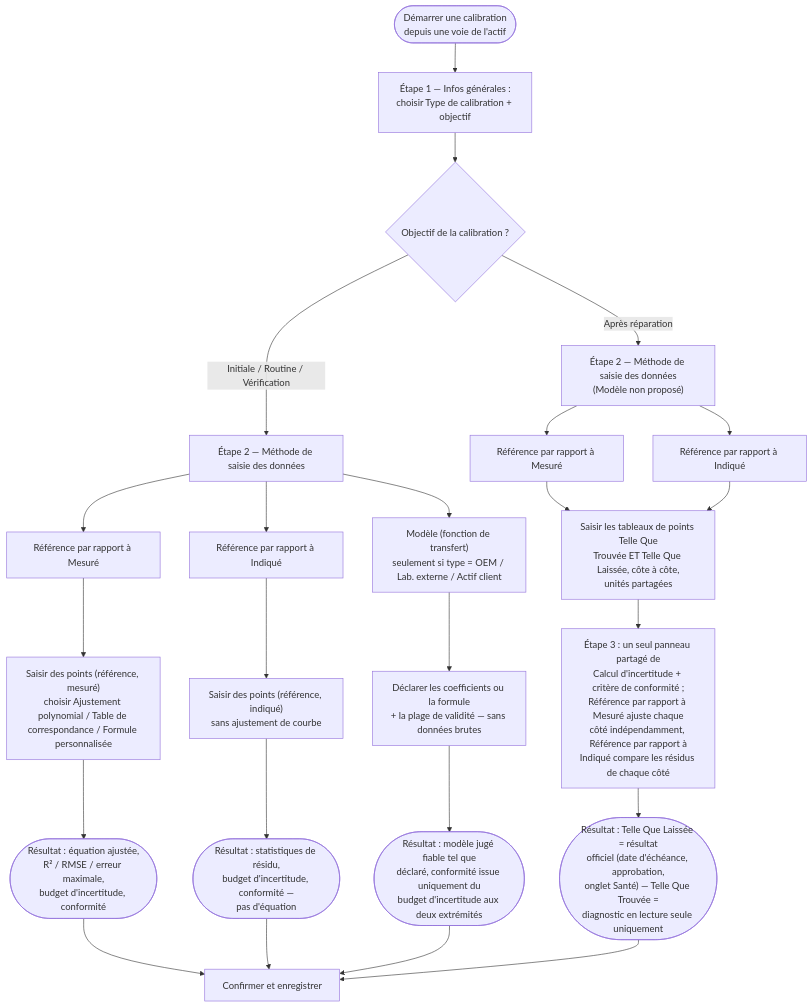
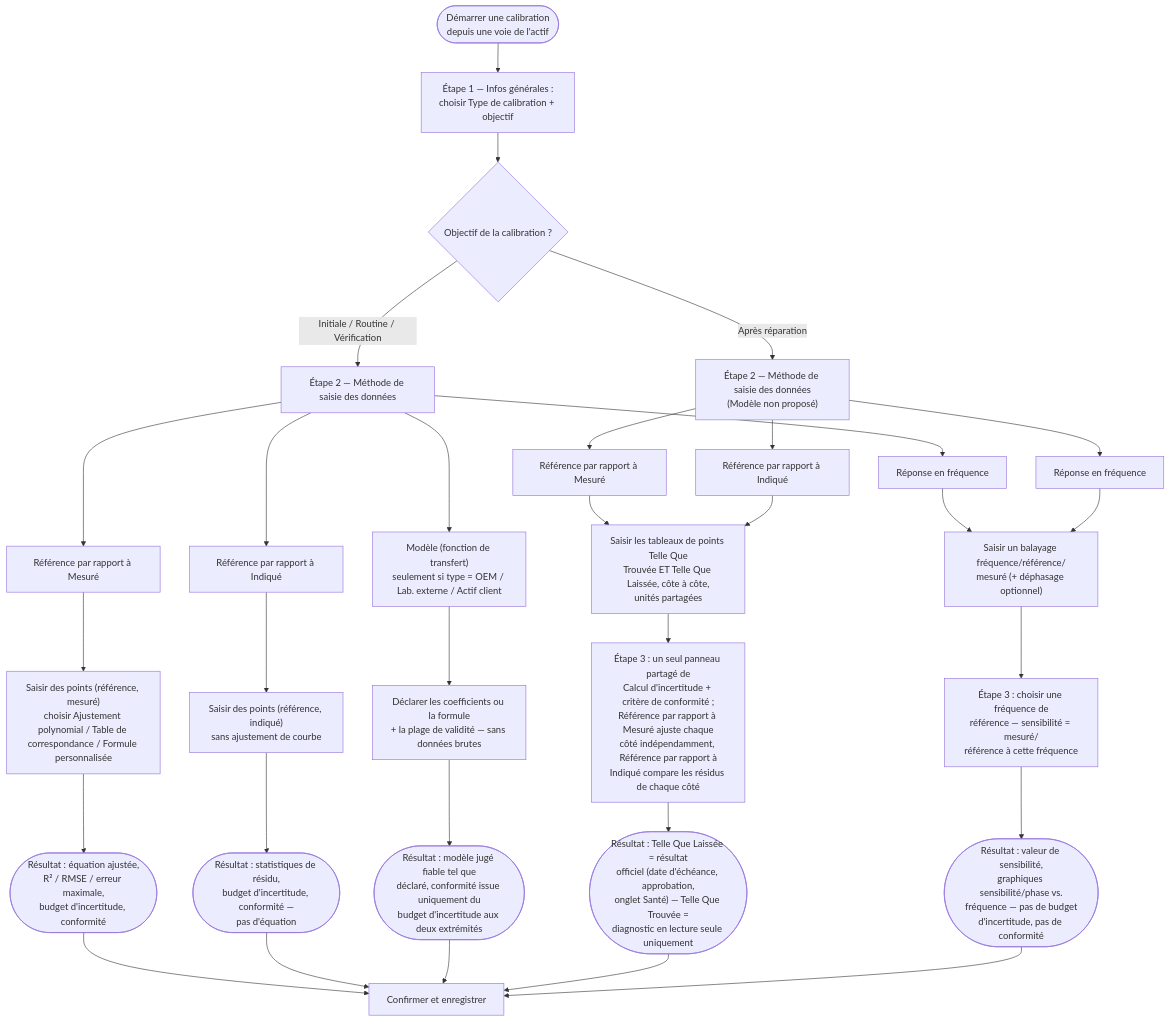
Before and after one commit to open-gauge/open-gauge: the diagram in apps/docs/content/docs/guide/calibration/overview.fr.mdx, drawn with Mermaid. The commit also changed other lines of this file and 55 other files, not shown here.

````diff
--- a/apps/docs/content/docs/guide/calibration/overview.fr.mdx
+++ b/apps/docs/content/docs/guide/calibration/overview.fr.mdx
@@ -70,34 +73,42 @@
 ```mermaid
 flowchart TD
     Start(["Démarrer une calibration<br/>depuis une voie de l'actif"]) --> Step1["Étape 1 — Infos générales :<br/>choisir Type de calibration + objectif"]
     Step1 --> Purpose{"Objectif de la calibration ?"}
 
     Purpose -->|"Initiale / Routine / Vérification"| Picker1["Étape 2 — Méthode de saisie des données"]
     Purpose -->|"Après réparation"| Picker2["Étape 2 — Méthode de saisie des données<br/>(Modèle non proposé)"]
 
     Picker1 --> RVM["Référence par rapport à Mesuré"]
     Picker1 --> RVI["Référence par rapport à Indiqué"]
     Picker1 --> Model["Modèle (fonction de transfert)<br/>seulement si type = OEM / Lab. externe / Actif client"]
+    Picker1 --> FreqResp["Réponse en fréquence"]
 
     Picker2 --> RVMAfter["Référence par rapport à Mesuré"]
     Picker2 --> RVIAfter["Référence par rapport à Indiqué"]
+    Picker2 --> FreqRespAfter["Réponse en fréquence"]
 
     RVM --> RVMEntry["Saisir des points (référence, mesuré)<br/>choisir Ajustement polynomial / Table de correspondance / Formule personnalisée"]
     RVMEntry --> RVMOut(["Résultat : équation ajustée,<br/>R² / RMSE / erreur maximale,<br/>budget d'incertitude, conformité"])
 
     RVI --> RVIEntry["Saisir des points (référence, indiqué)<br/>sans ajustement de courbe"]
     RVIEntry --> RVIOut(["Résultat : statistiques de résidu,<br/>budget d'incertitude, conformité —<br/>pas d'équation"])
 
     Model --> ModelEntry["Déclarer les coefficients ou la formule<br/>+ la plage de validité — sans données brutes"]
     ModelEntry --> ModelOut(["Résultat : modèle jugé fiable tel que<br/>déclaré, conformité issue uniquement du<br/>budget d'incertitude aux deux extrémités"])
 
     RVMAfter --> AfalEntry["Saisir les tableaux de points Telle Que<br/>Trouvée ET Telle Que Laissée, côte à côte,<br/>unités partagées"]
     RVIAfter --> AfalEntry
     AfalEntry --> AfalCalc["Étape 3 : un seul panneau partagé de<br/>Calcul d'incertitude + critère de conformité ;<br/>Référence par rapport à Mesuré ajuste chaque<br/>côté indépendamment, Référence par rapport à<br/>Indiqué compare les résidus de chaque côté"]
     AfalCalc --> AfalOut(["Résultat : Telle Que Laissée = résultat<br/>officiel (date d'échéance, approbation,<br/>onglet Santé) — Telle Que Trouvée =<br/>diagnostic en lecture seule uniquement"])
 
+    FreqResp --> FreqEntry["Saisir un balayage fréquence/référence/<br/>mesuré (+ déphasage optionnel)"]
+    FreqRespAfter --> FreqEntry
+    FreqEntry --> FreqCalc["Étape 3 : choisir une fréquence de<br/>référence — sensibilité = mesuré/<br/>référence à cette fréquence"]
+    FreqCalc --> FreqOut(["Résultat : valeur de sensibilité,<br/>graphiques sensibilité/phase vs.<br/>fréquence — pas de budget<br/>d'incertitude, pas de conformité"])
+
     RVMOut --> Save["Confirmer et enregistrer"]
     RVIOut --> Save
     ModelOut --> Save
     AfalOut --> Save
+    FreqOut --> Save
 ```
````
